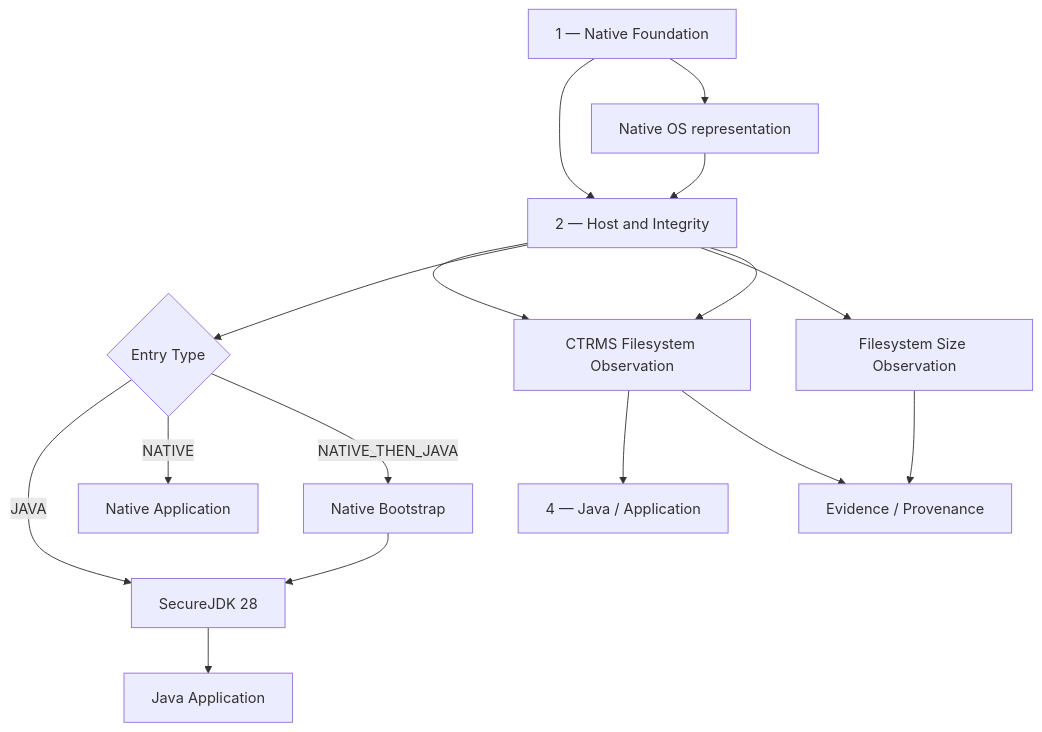
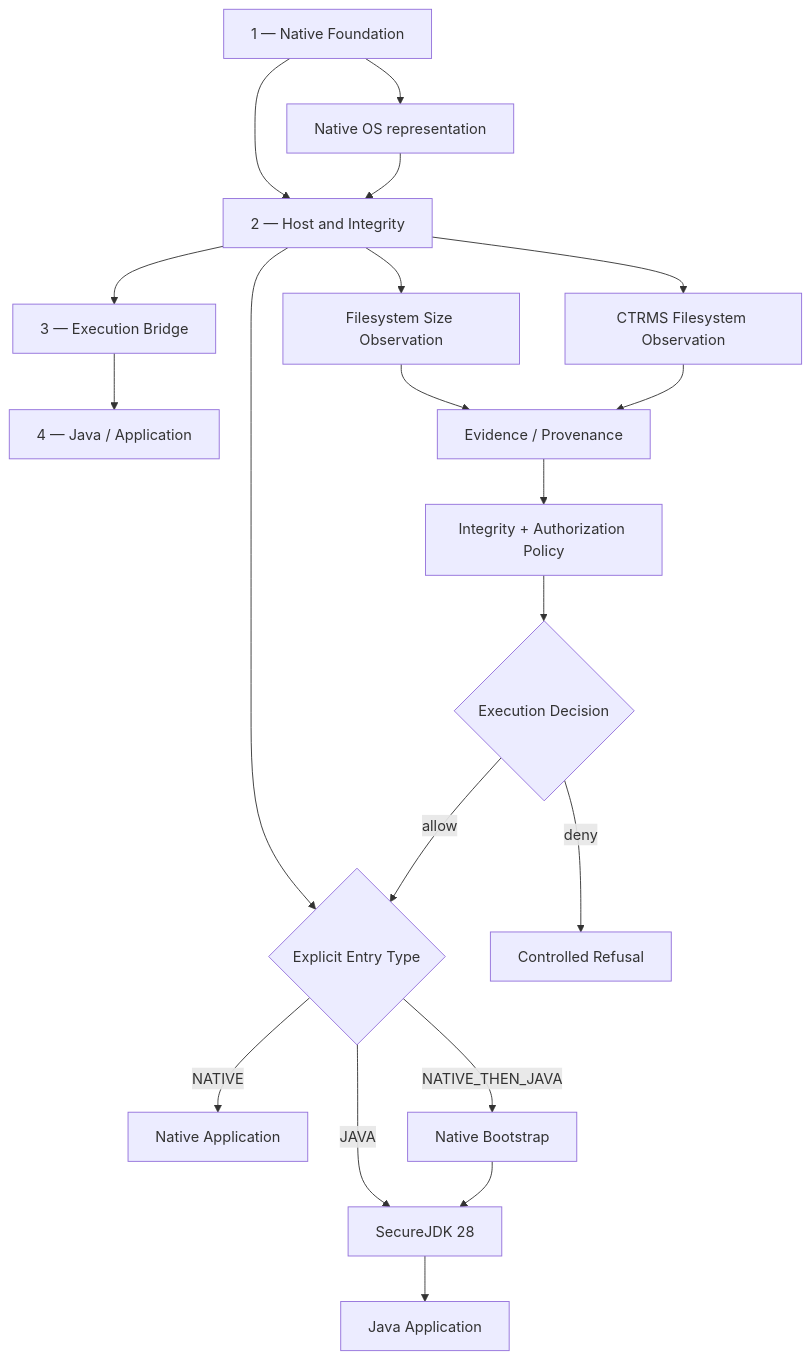
Before and after one commit to mearvk/Ubuntu-Determinant-Alpha_RS_r: the diagram in ASYSMA-1-2-3-4-2026-08-25.mmd, drawn with Mermaid. The commit also changed other lines of this file, not shown here.

````diff
--- a/ASYSMA-1-2-3-4-2026-08-25.mmd
+++ b/ASYSMA-1-2-3-4-2026-08-25.mmd
@@ -3,17 +3,21 @@
 ```mermaid
 flowchart TD
     A[1 — Native Foundation] --> B[2 — Host and Integrity]
     B --> C[3 — Execution Bridge]
     C --> D[4 — Java / Application]
     A --> N[Native OS representation]
     N --> B
-    B --> P{Entry Type}
+    B --> P{Explicit Entry Type}
     P -->|JAVA| J[SecureJDK 28]
     P -->|NATIVE| X[Native Application]
     P -->|NATIVE_THEN_JAVA| T[Native Bootstrap] --> J
     J --> APP[Java Application]
     B --> S[Filesystem Size Observation]
-    B --> C[CTRMS Filesystem Observation]
+    B --> C2[CTRMS Filesystem Observation]
     S --> I[Evidence / Provenance]
-    C --> I
+    C2 --> I
+    I --> AUTH[Integrity + Authorization Policy]
+    AUTH --> DEC{Execution Decision}
+    DEC -->|allow| P
+    DEC -->|deny| R[Controlled Refusal]
 ```
````
